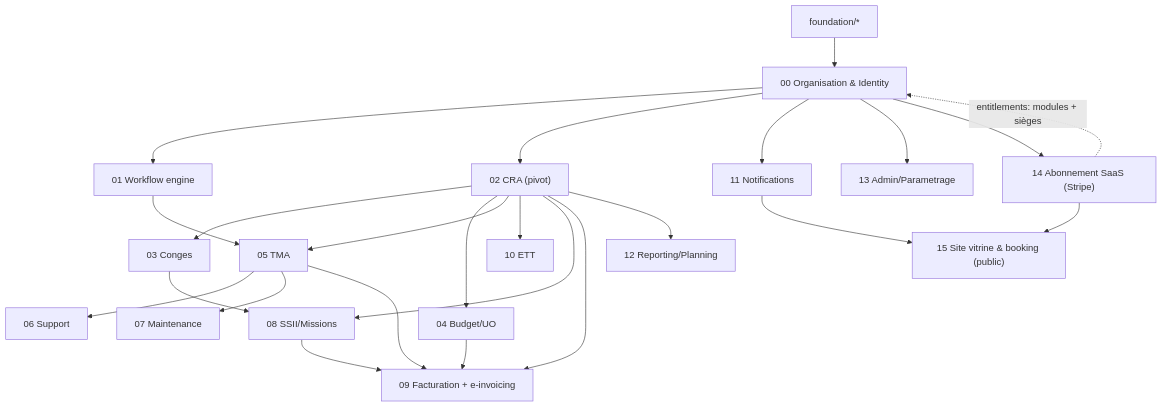
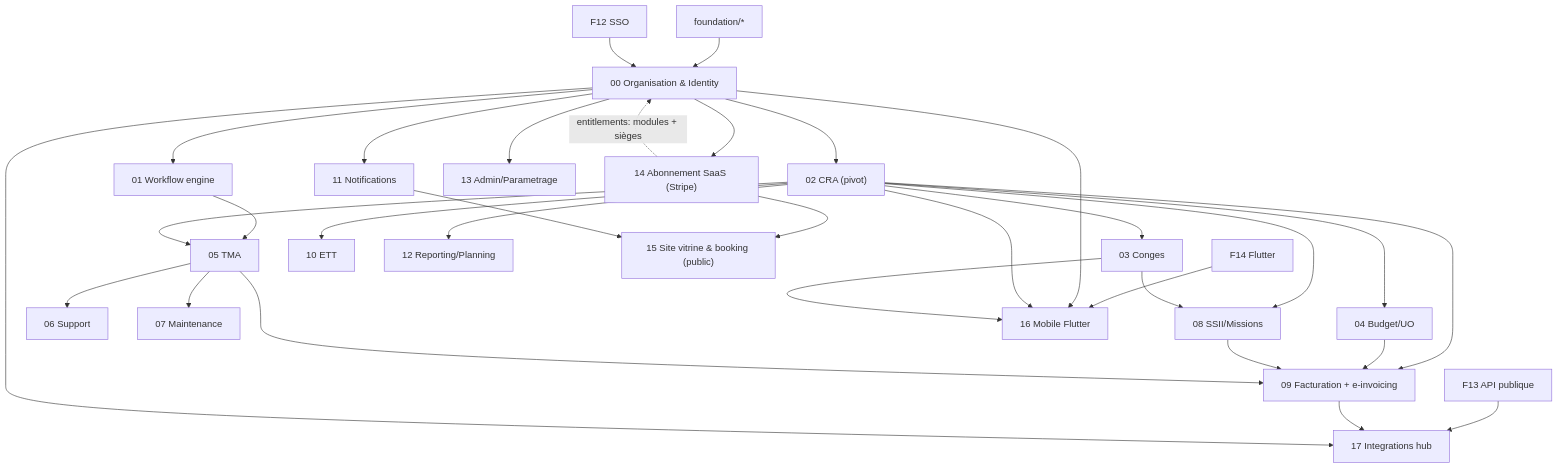
The diagram in technical/README.md (olegrand1976/kore), drawn with Mermaid before and after one commit. The commit also changed other lines of this file and 144 other files, not shown here.

````diff
--- a/technical/README.md
+++ b/technical/README.md
@@ -37,26 +73,34 @@
 ```mermaid
 flowchart TB
   F["foundation/*"] --> B00["00 Organisation & Identity"]
   B00 --> B01["01 Workflow engine"]
   B00 --> B02["02 CRA (pivot)"]
   B01 --> B05["05 TMA"]
   B02 --> B03["03 Conges"]
   B02 --> B04["04 Budget/UO"]
   B02 --> B05
   B02 --> B10["10 ETT"]
   B05 --> B06["06 Support"]
   B05 --> B07["07 Maintenance"]
   B02 --> B08["08 SSII/Missions"]
   B03["03 Conges"] --> B08
   B02 --> B09["09 Facturation + e-invoicing"]
   B04 --> B09
   B08 --> B09
   B05 --> B09
   B00 --> B11["11 Notifications"]
   B02 --> B12["12 Reporting/Planning"]
   B00 --> B13["13 Admin/Parametrage"]
   B00 --> B14["14 Abonnement SaaS (Stripe)"]
   B14 -.->|entitlements: modules + sièges| B00
   B14 --> B15["15 Site vitrine & booking (public)"]
   B11["11 Notifications"] --> B15
+  F12["F12 SSO"] --> B00
+  F13["F13 API publique"] --> B17["17 Integrations hub"]
+  F14["F14 Flutter"] --> B16["16 Mobile Flutter"]
+  B00 --> B16
+  B02 --> B16
+  B03 --> B16
+  B09 --> B17
+  B00 --> B17
 ```
````
